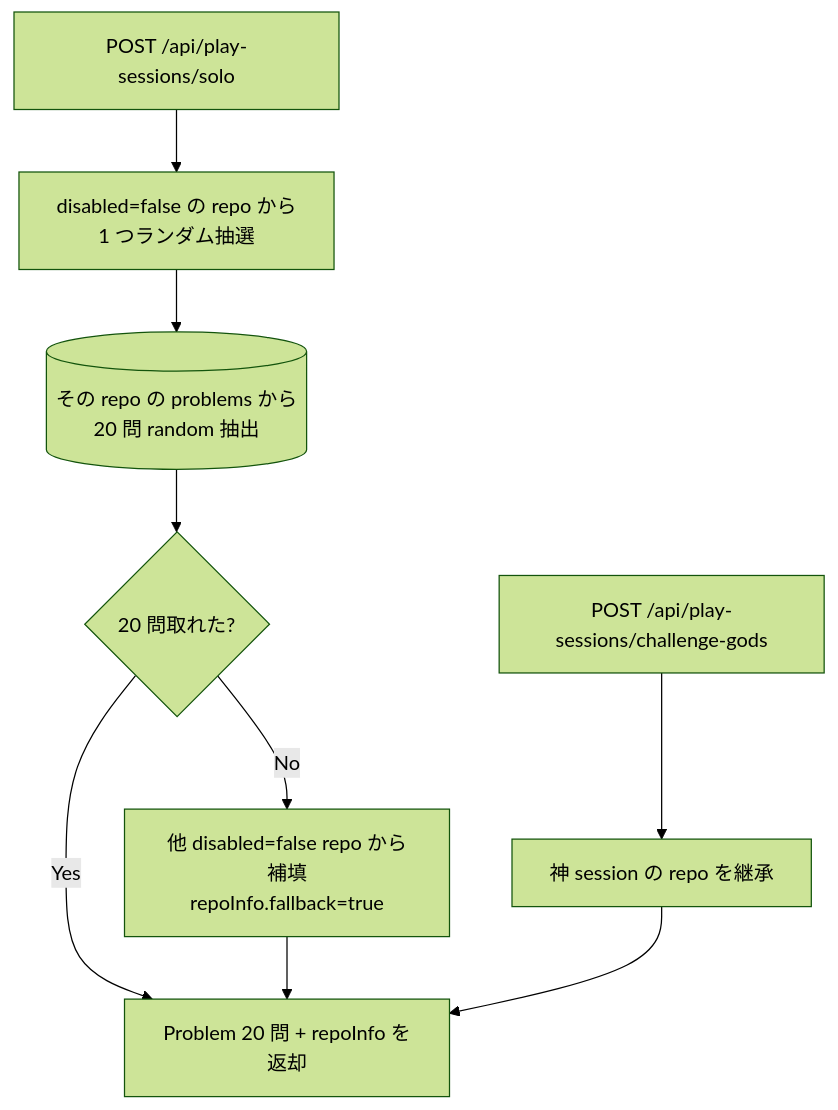
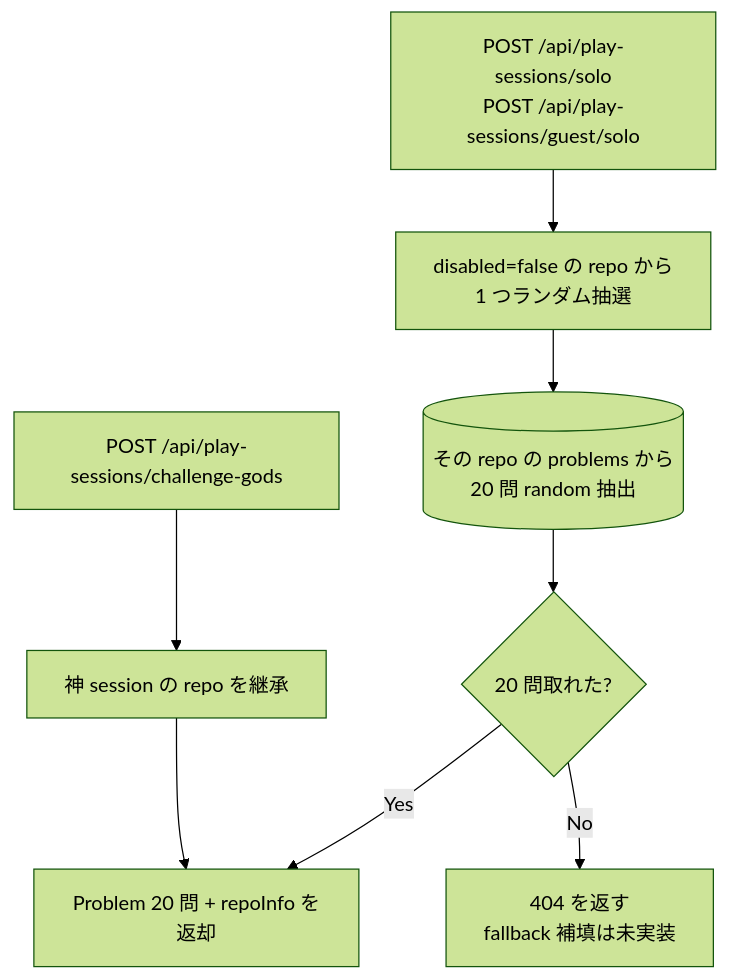
One commit to kentakki416/typing-royale changed the second of 2 diagrams in docs/spec/problem-pool/README.md. Above: the diagram before and after it, drawn with Mermaid (forest theme). The commit also changed other lines of this file and 51 other files, not shown here.

````diff
--- a/docs/spec/problem-pool/README.md
+++ b/docs/spec/problem-pool/README.md
@@ -451,12 +458,11 @@
 ```mermaid
 flowchart TD
-    Solo[POST /api/play-sessions/solo] --> Pick[disabled=false の repo から<br/>1 つランダム抽選]
+    Solo["POST /api/play-sessions/solo<br/>POST /api/play-sessions/guest/solo"] --> Pick[disabled=false の repo から<br/>1 つランダム抽選]
     Pick --> Pool[(その repo の problems から<br/>20 問 random 抽出)]
     Pool --> Fallback{20 問取れた?}
     Fallback -->|Yes| Out[Problem 20 問 + repoInfo を返却]
-    Fallback -->|No| Fill[他 disabled=false repo から補填<br/>repoInfo.fallback=true]
-    Fill --> Out
+    Fallback -->|No| Err[404 を返す<br/>fallback 補填は未実装]
 
     Gods[POST /api/play-sessions/challenge-gods] --> Inherit[神 session の repo を継承]
     Inherit --> Out
 ```
````
